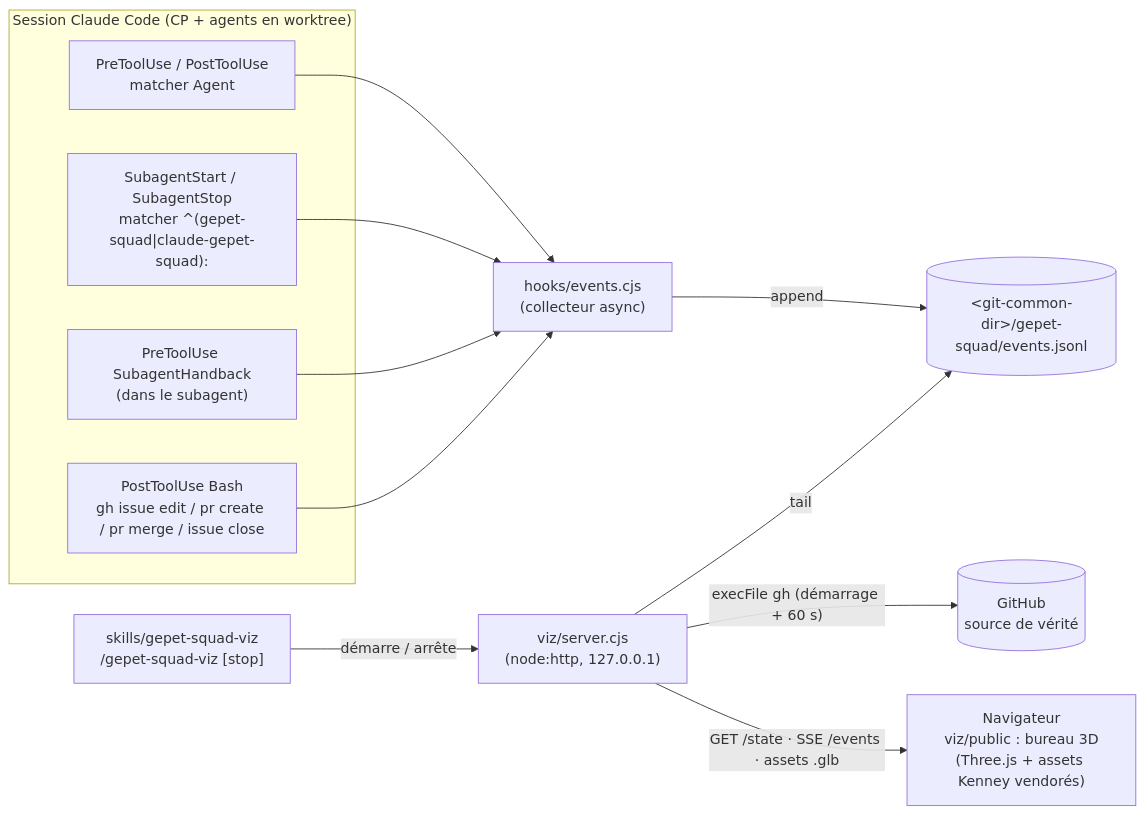
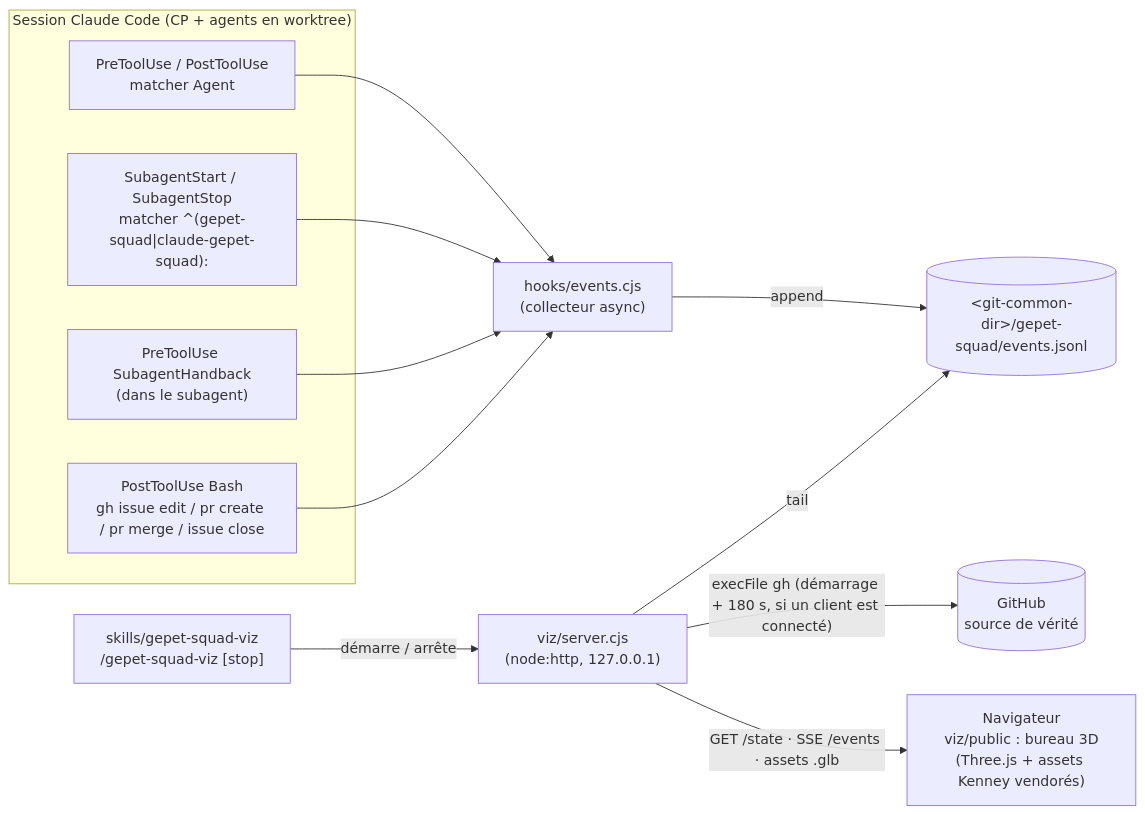
Before and after one commit to gepet-io/gepet-squad: the diagram in docs/architecture/ARCHITECTURE.md, drawn with Mermaid. The commit also changed other lines of this file and 30 other files, not shown here.

````diff
--- a/docs/architecture/ARCHITECTURE.md
+++ b/docs/architecture/ARCHITECTURE.md
@@ -42,15 +42,15 @@
 ```mermaid
 flowchart LR
   subgraph CC["Session Claude Code (CP + agents en worktree)"]
     H1["PreToolUse / PostToolUse<br/>matcher Agent"]
     H2["SubagentStart / SubagentStop<br/>matcher ^(gepet-squad|claude-gepet-squad):"]
     H3["PreToolUse SubagentHandback<br/>(dans le subagent)"]
     H4["PostToolUse Bash<br/>gh issue edit / pr create / pr merge / issue close"]
   end
   H1 & H2 & H3 & H4 --> C["hooks/events.cjs<br/>(collecteur async)"]
   C -->|append| J[("&lt;git-common-dir&gt;/gepet-squad/events.jsonl")]
   S["viz/server.cjs<br/>(node:http, 127.0.0.1)"] -->|tail| J
-  S -->|"execFile gh (démarrage + 60 s)"| GH[("GitHub<br/>source de vérité")]
+  S -->|"execFile gh (démarrage + 180 s, si un client est connecté)"| GH[("GitHub<br/>source de vérité")]
   S -->|"GET /state · SSE /events · assets .glb"| B["Navigateur<br/>viz/public : bureau 3D<br/>(Three.js + assets Kenney vendorés)"]
   K["skills/gepet-squad-viz<br/>/gepet-squad-viz [stop]"] -->|démarre / arrête| S
 ```
````
